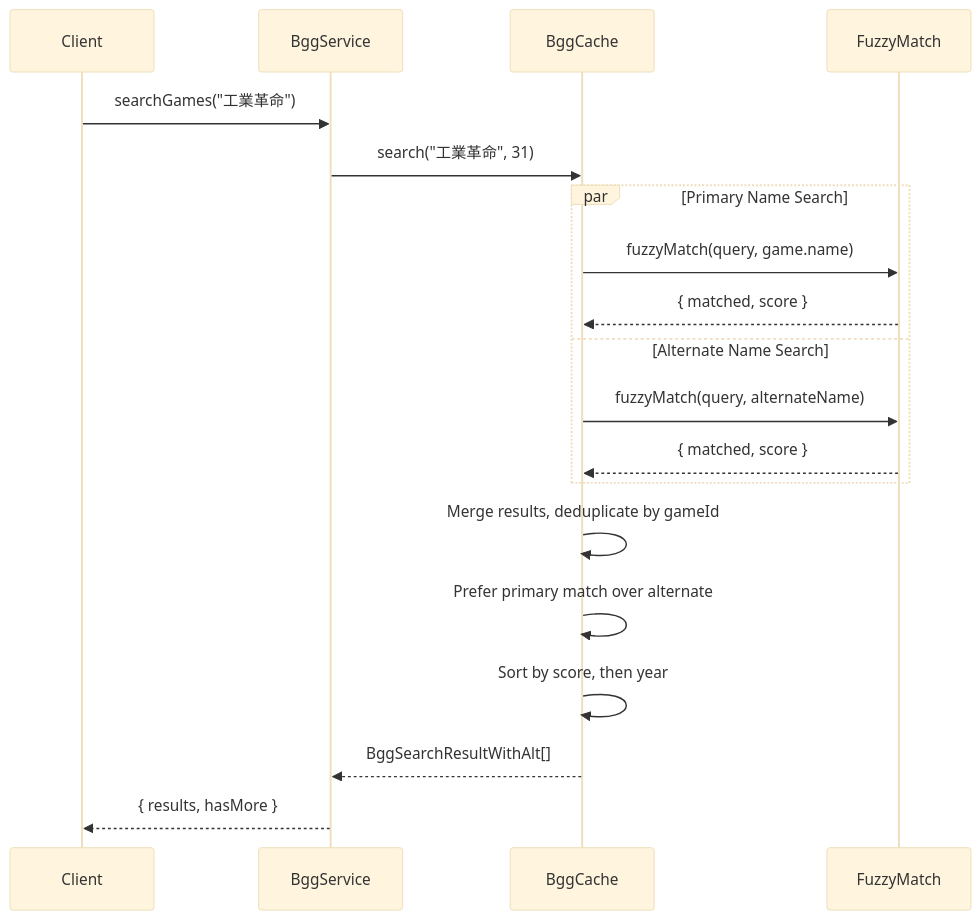
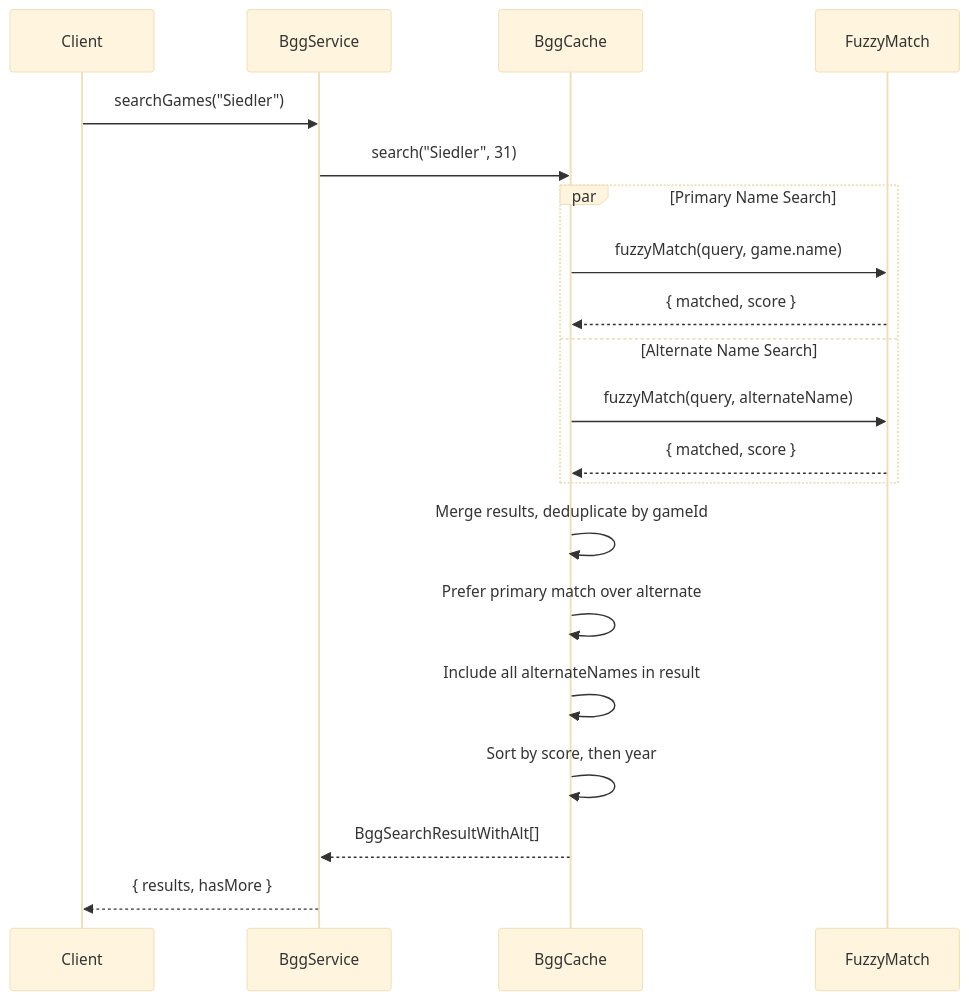
The second of 3 diagrams in .kiro/specs/014-alternate-names-search/design.md (kreuzhofer/boardgame-list-manager), drawn with Mermaid (base theme) before and after one commit. The commit also changed other lines of this file and 25 other files, not shown here.

Commit message:
014 alternate names search

````diff
--- a/.kiro/specs/014-alternate-names-search/design.md
+++ b/.kiro/specs/014-alternate-names-search/design.md
@@ -243,24 +325,25 @@
 ```mermaid
 sequenceDiagram
     participant Client
     participant BggService
     participant BggCache
     participant FuzzyMatch
 
-    Client->>BggService: searchGames("工業革命")
-    BggService->>BggCache: search("工業革命", 31)
+    Client->>BggService: searchGames("Siedler")
+    BggService->>BggCache: search("Siedler", 31)
     
     par Primary Name Search
         BggCache->>FuzzyMatch: fuzzyMatch(query, game.name)
         FuzzyMatch-->>BggCache: { matched, score }
     and Alternate Name Search
         BggCache->>FuzzyMatch: fuzzyMatch(query, alternateName)
         FuzzyMatch-->>BggCache: { matched, score }
     end
     
     BggCache->>BggCache: Merge results, deduplicate by gameId
     BggCache->>BggCache: Prefer primary match over alternate
+    BggCache->>BggCache: Include all alternateNames in result
     BggCache->>BggCache: Sort by score, then year
     BggCache-->>BggService: BggSearchResultWithAlt[]
     BggService-->>Client: { results, hasMore }
 ```
````
